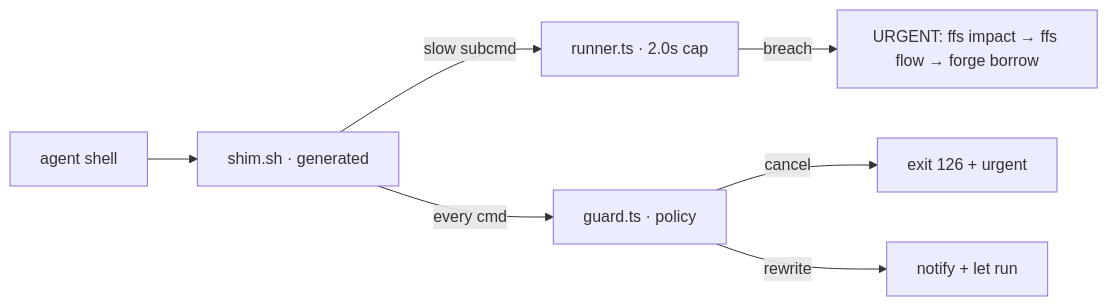
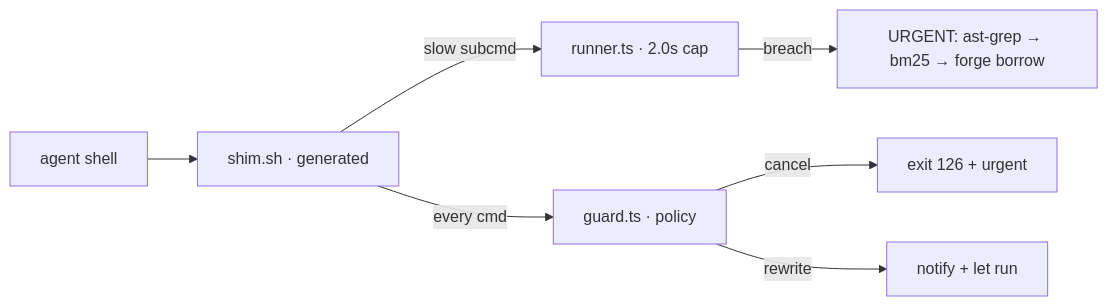
Before and after one commit to toxicwind/kairos: the diagram in README.md, drawn with Mermaid. The commit also changed other lines of this file, not shown here.

````diff
--- a/README.md
+++ b/README.md
@@ -20,9 +20,9 @@
 ```mermaid
 flowchart LR
     agent[agent shell] --> shim[shim.sh · generated]
     shim -->|slow subcmd| runner[runner.ts · 2.0s cap]
     shim -->|every cmd| guard[guard.ts · policy]
     guard -->|cancel| cx[exit 126 + urgent]
     guard -->|rewrite| rw[notify + let run]
-    runner -->|breach| urgent[URGENT: ffs impact → ffs flow → forge borrow]
+    runner -->|breach| urgent[URGENT: ast-grep → bm25 → forge borrow]
 ```
````
